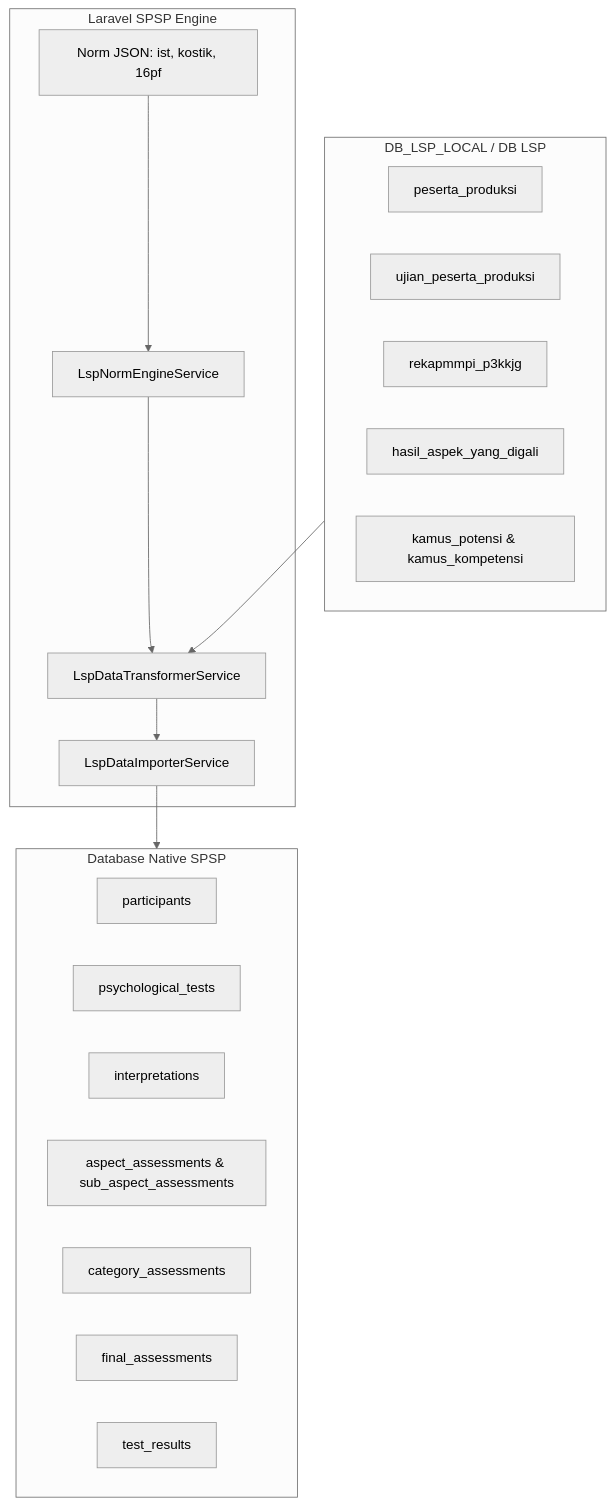
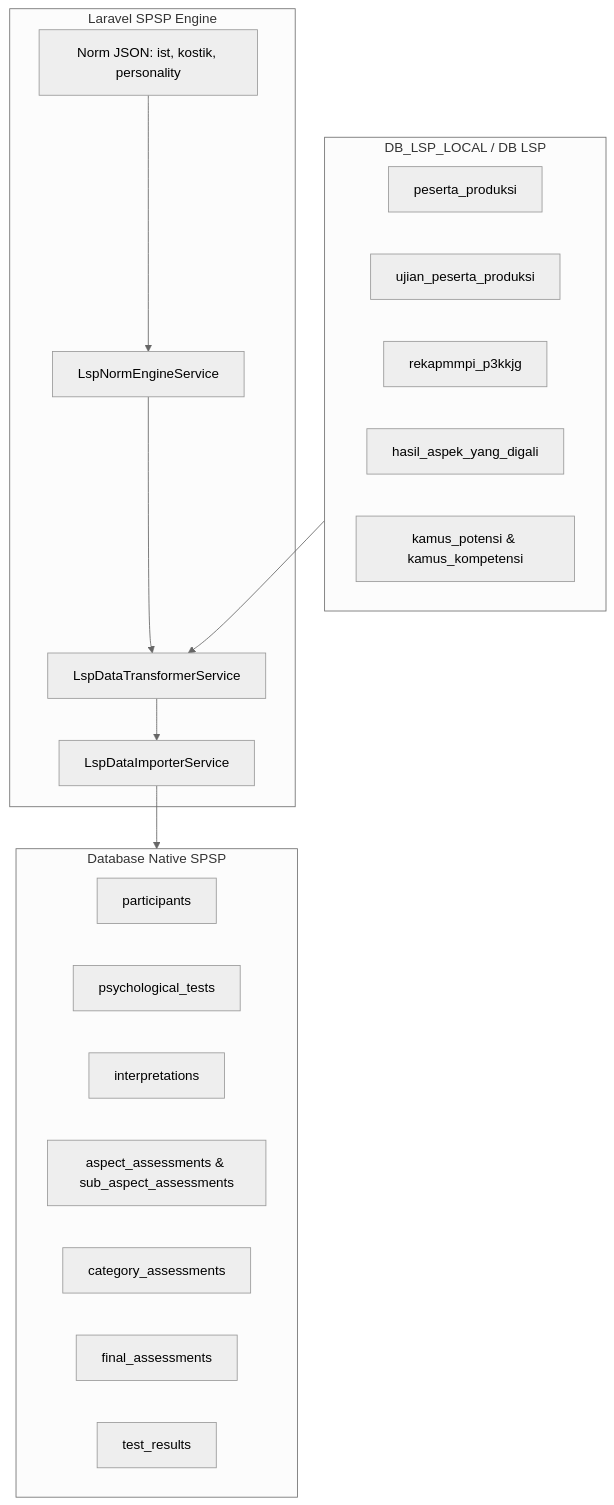
One commit to RnDQuantum/spsp_new changed the diagram in docs/lsp_integration/03_LSP_INTEGRATION_GUIDE.md. Above: the diagram before and after it, drawn with Mermaid (neutral theme). The commit also changed other lines of this file and 7 other files, not shown here.

````diff
--- a/docs/lsp_integration/03_LSP_INTEGRATION_GUIDE.md
+++ b/docs/lsp_integration/03_LSP_INTEGRATION_GUIDE.md
@@ -21,33 +25,33 @@
 ```mermaid
 flowchart TD
     subgraph LSP_DATABASE [DB_LSP_LOCAL / DB LSP]
         A1[peserta_produksi]
         A2[ujian_peserta_produksi]
         A3[rekapmmpi_p3kkjg]
         A4[hasil_aspek_yang_digali]
         A5[kamus_potensi & kamus_kompetensi]
     end
 
     subgraph SPSP_ENGINE [Laravel SPSP Engine]
         B1[LspNormEngineService]
         B2[LspDataTransformerService]
         B3[LspDataImporterService]
-        B4[Norm JSON: ist, kostik, 16pf]
+        B4[Norm JSON: ist, kostik, personality]
     end
 
     subgraph SPSP_DATABASE [Database Native SPSP]
         C1[participants]
         C2[psychological_tests]
         C3[interpretations]
         C4[aspect_assessments & sub_aspect_assessments]
         C5[category_assessments]
         C6[final_assessments]
         C7[test_results]
     end
 
     LSP_DATABASE --> B2
     B4 --> B1
     B1 --> B2
     B2 --> B3
     B3 --> SPSP_DATABASE
 ```
````
